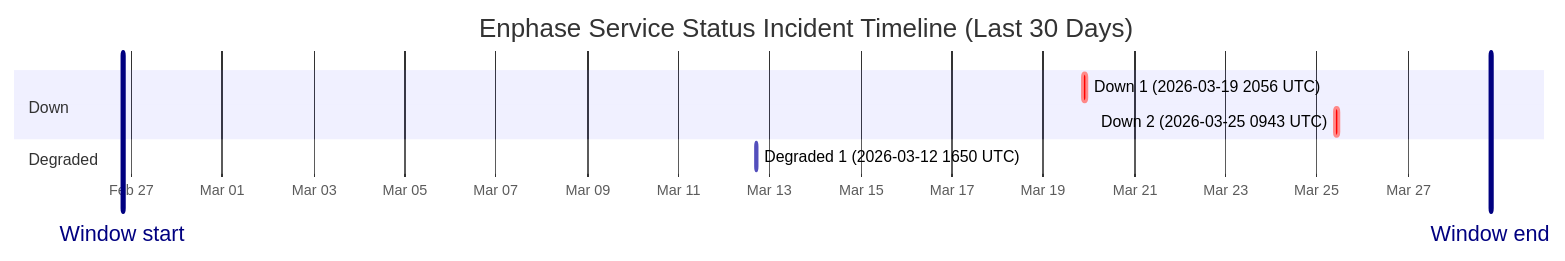
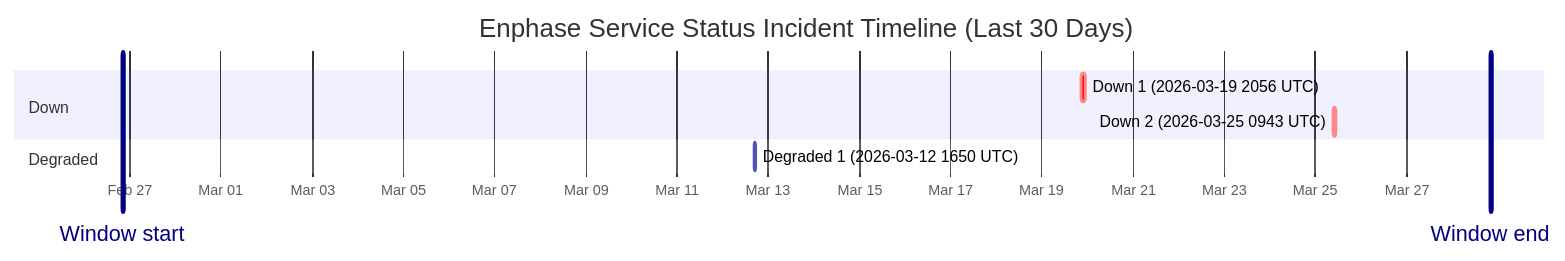
The diagram in wiki/Service-Status-History.md (barneyonline/ha-enphase-ev-charger), drawn with Mermaid before and after one commit. The commit also changed other lines of this file and 3 other files, not shown here.

````diff
--- a/wiki/Service-Status-History.md
+++ b/wiki/Service-Status-History.md
@@ -14,13 +14,13 @@
 ```mermaid
 gantt
     title Enphase Service Status Incident Timeline (Last 30 Days)
     dateFormat  YYYY-MM-DDTHH:mm:ss
     axisFormat  %b %d
-    Window start :vert, window-start, 2026-02-26T19:23:27, 0ms
-    Window end :vert, window-end, 2026-03-28T19:23:27, 0ms
+    Window start :vert, window-start, 2026-02-26T20:19:25, 0ms
+    Window end :vert, window-end, 2026-03-28T20:19:25, 0ms
     section Down
     Down 1 (2026-03-19 2056 UTC) :crit, down-1, 2026-03-19T20:56:20, 145m
     Down 2 (2026-03-25 0943 UTC) :crit, down-2, 2026-03-25T09:43:28, 111m
     section Degraded
     Degraded 1 (2026-03-12 1650 UTC) :active, degraded-1, 2026-03-12T16:50:43, 60m
 ```
````
